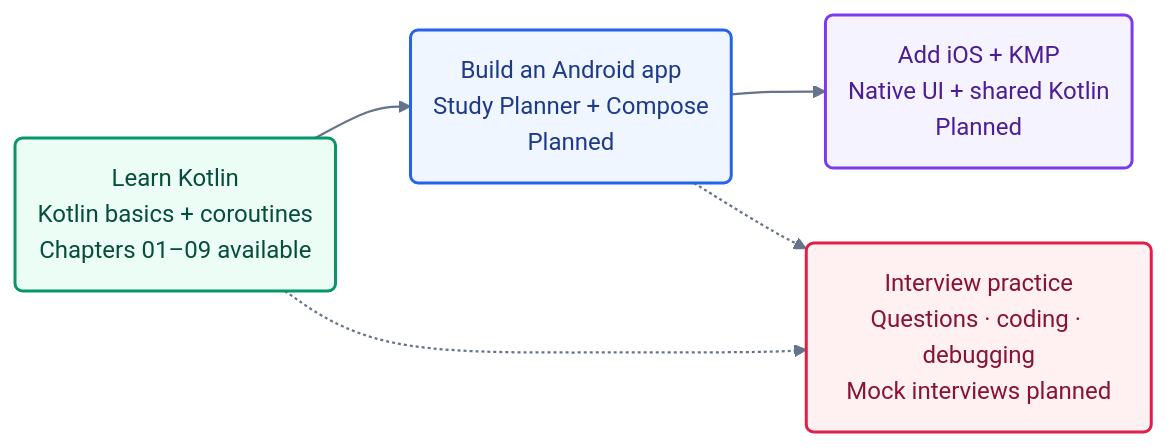
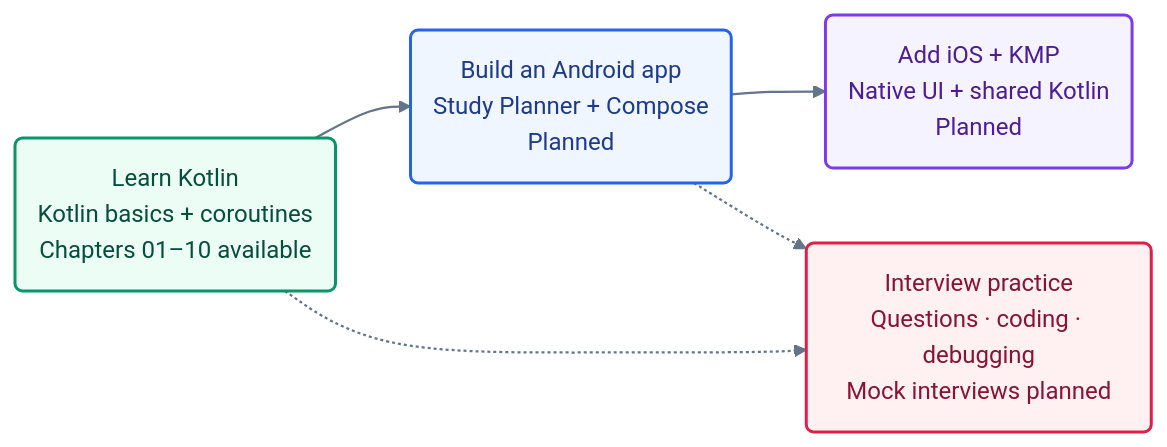
The diagram in README.md (roshanevala/Kotlin-101-The-Mobile-Workshop), drawn with Mermaid before and after one commit. The commit also changed other lines of this file and 20 other files, not shown here.

````diff
--- a/README.md
+++ b/README.md
@@ -11,20 +11,20 @@
 ```mermaid
 flowchart LR
     accTitle: From Kotlin basics to a mobile app and interview practice
     accDescr: Start with the available Kotlin lessons. Build an Android app, then add iOS and shared Kotlin logic in planned stages. Practise lesson questions and debugging along the way; dedicated coding challenges and mock interviews are planned.
 
-    K("Learn Kotlin<br/>Kotlin basics + coroutines<br/>Chapters 01–09 available"):::basics
+    K("Learn Kotlin<br/>Kotlin basics + coroutines<br/>Chapters 01–10 available"):::basics
     A("Build an Android app<br/>Study Planner + Compose<br/>Planned"):::android
     M("Add iOS + KMP<br/>Native UI + shared Kotlin<br/>Planned"):::multiplatform
     I("Interview practice<br/>Questions · coding · debugging<br/>Mock interviews planned"):::interview
 
     K --> A --> M
     K -.-> I
     A -.-> I
 
     classDef basics fill:#ecfdf5,stroke:#059669,color:#064e3b,stroke-width:2px
     classDef android fill:#eff6ff,stroke:#2563eb,color:#1e3a8a,stroke-width:2px
     classDef multiplatform fill:#f5f3ff,stroke:#7c3aed,color:#4c1d95,stroke-width:2px
     classDef interview fill:#fff1f2,stroke:#e11d48,color:#881337,stroke-width:2px
     linkStyle default stroke:#64748b,stroke-width:1.5px
 ```
````
